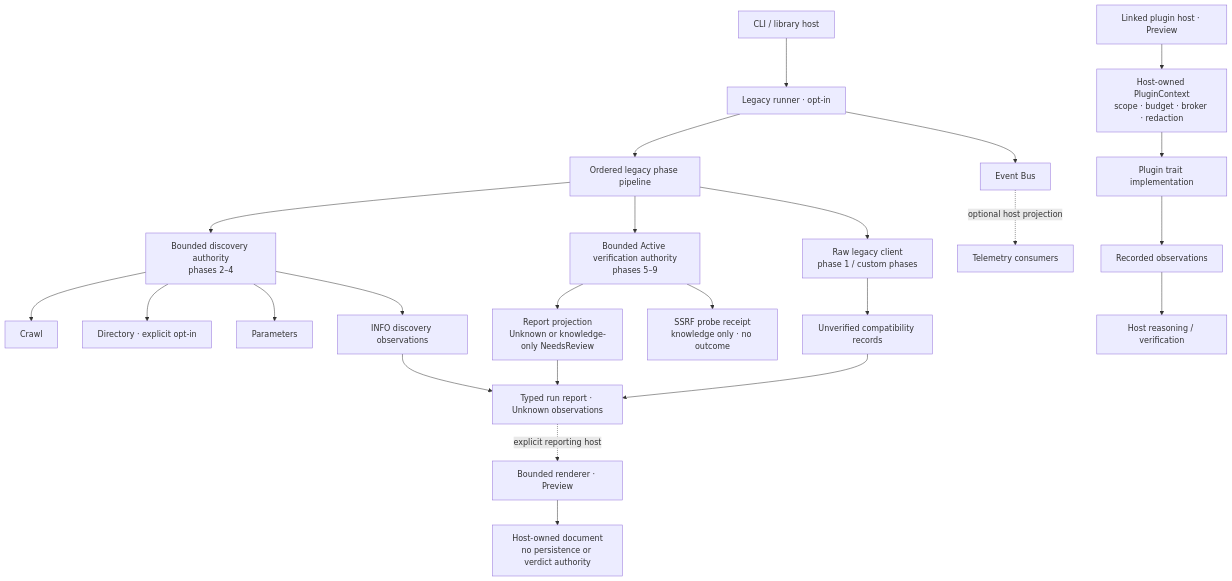
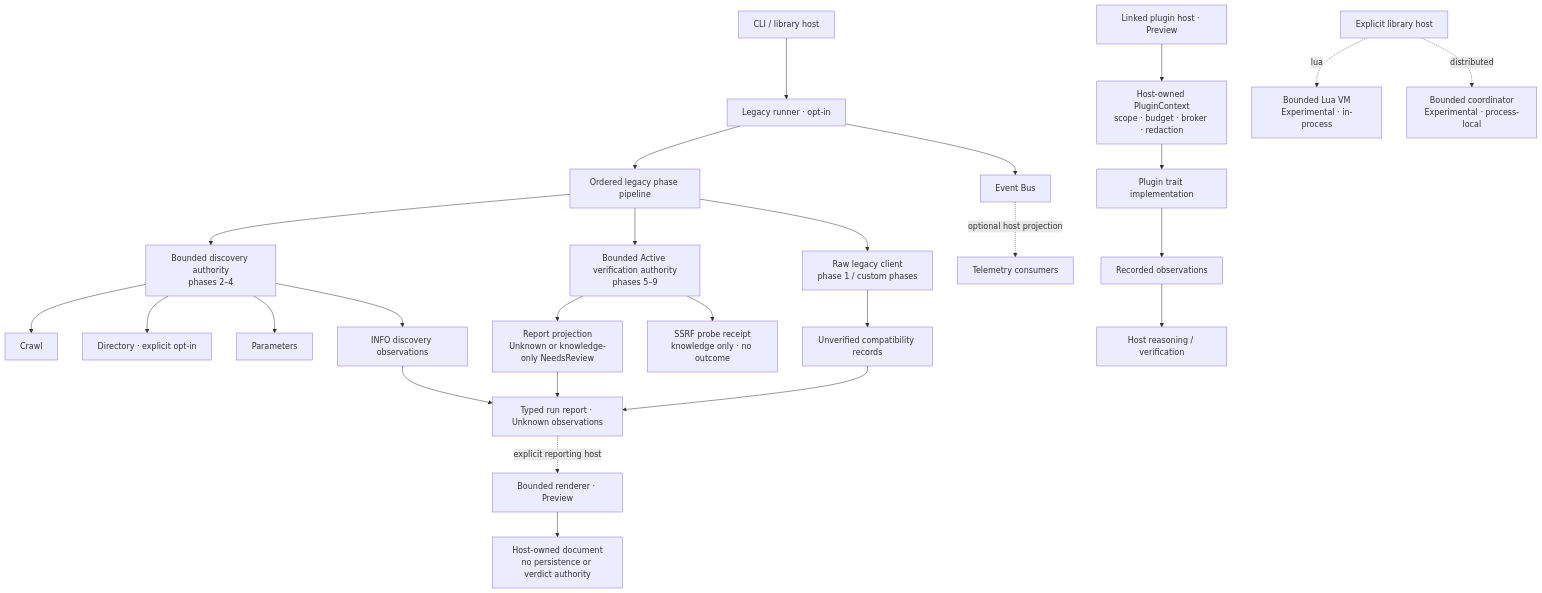
One commit to ITherso/termivar changed the second of 4 diagrams in docs/architecture.md. Above: the diagram before and after it, drawn with Mermaid. The commit also changed other lines of this file and 27 other files, not shown here.

Commit message:
feat(runtime): bound lua and distributed execution

````diff
--- a/docs/architecture.md
+++ b/docs/architecture.md
@@ -52,26 +52,28 @@
 ```mermaid
 flowchart TD
     Host["CLI / library host"] --> LegacyRunner["Legacy runner · opt-in"]
     LegacyRunner --> Pipeline["Ordered legacy phase pipeline"]
     Pipeline --> Discovery["Bounded discovery authority<br/>phases 2–4"]
     Discovery --> Crawl
     Discovery --> Directory["Directory · explicit opt-in"]
     Discovery --> Parameters
     Pipeline --> Verification["Bounded Active verification authority<br/>phases 5–9"]
     Pipeline --> RawLegacy["Raw legacy client<br/>phase 1 / custom phases"]
     Discovery --> DiscoveryRecords["INFO discovery observations"]
     Verification --> ReviewRecords["Report projection<br/>Unknown or knowledge-only NeedsReview"]
     Verification --> KnowledgeReceipt["SSRF probe receipt<br/>knowledge only · no outcome"]
     RawLegacy --> LegacyRecords["Unverified compatibility records"]
     DiscoveryRecords --> RunReport["Typed run report · Unknown observations"]
     ReviewRecords --> RunReport
     LegacyRecords --> RunReport
     RunReport -. "explicit reporting host" .-> Renderer["Bounded renderer · Preview"]
     Renderer --> Document["Host-owned document<br/>no persistence or verdict authority"]
     PluginHost["Linked plugin host · Preview"] --> PluginContext["Host-owned PluginContext<br/>scope · budget · broker · redaction"]
     PluginContext --> PluginCode["Plugin trait implementation"]
     PluginCode --> PluginEvidence["Recorded observations"]
     PluginEvidence --> HostVerification["Host reasoning / verification"]
+    LibraryHost["Explicit library host"] -. "lua" .-> Lua["Bounded Lua VM<br/>Experimental · in-process"]
+    LibraryHost -. "distributed" .-> Coordinator["Bounded coordinator<br/>Experimental · process-local"]
     LegacyRunner --> Events["Event Bus"]
     Events -. "optional host projection" .-> Observers["Telemetry consumers"]
 ```
````
